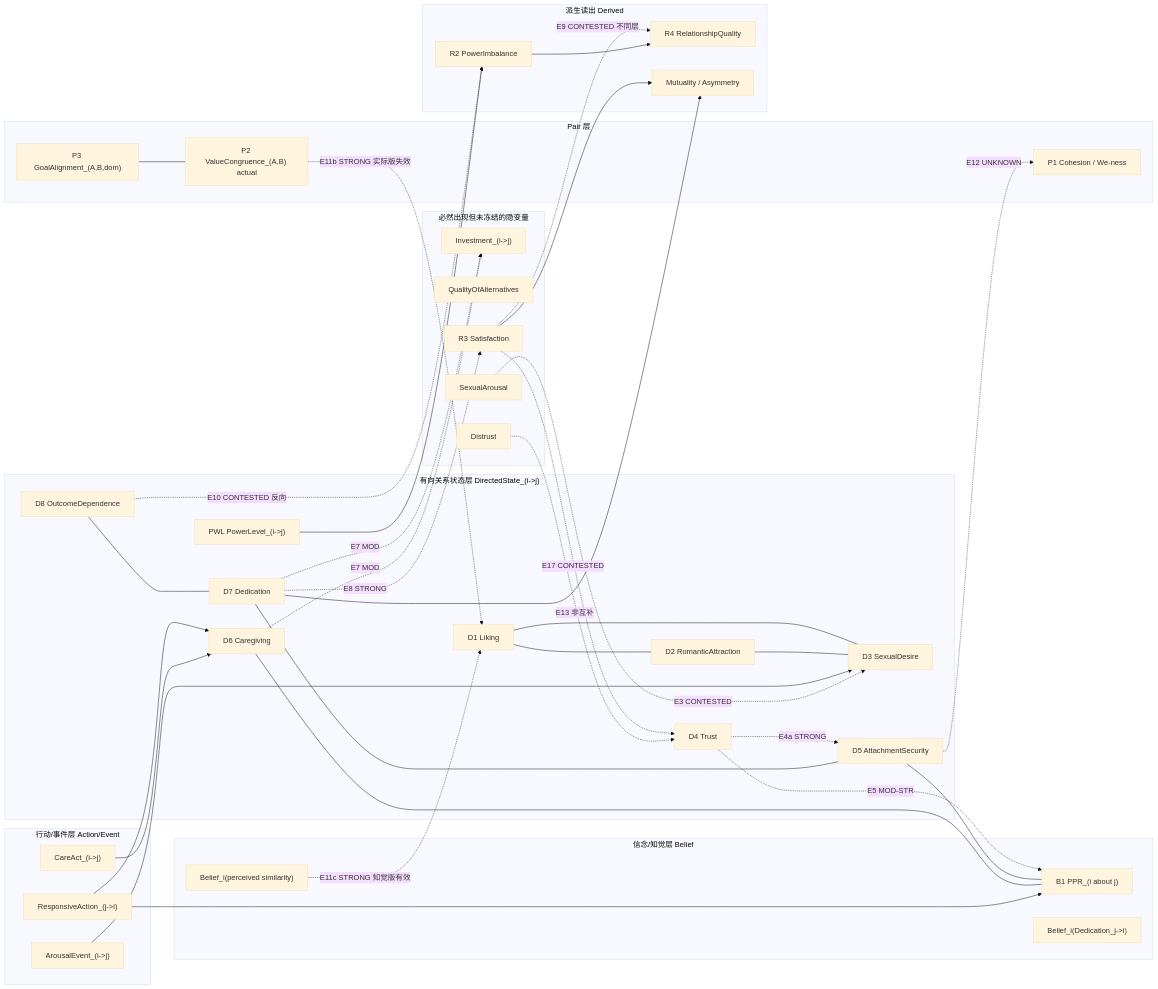
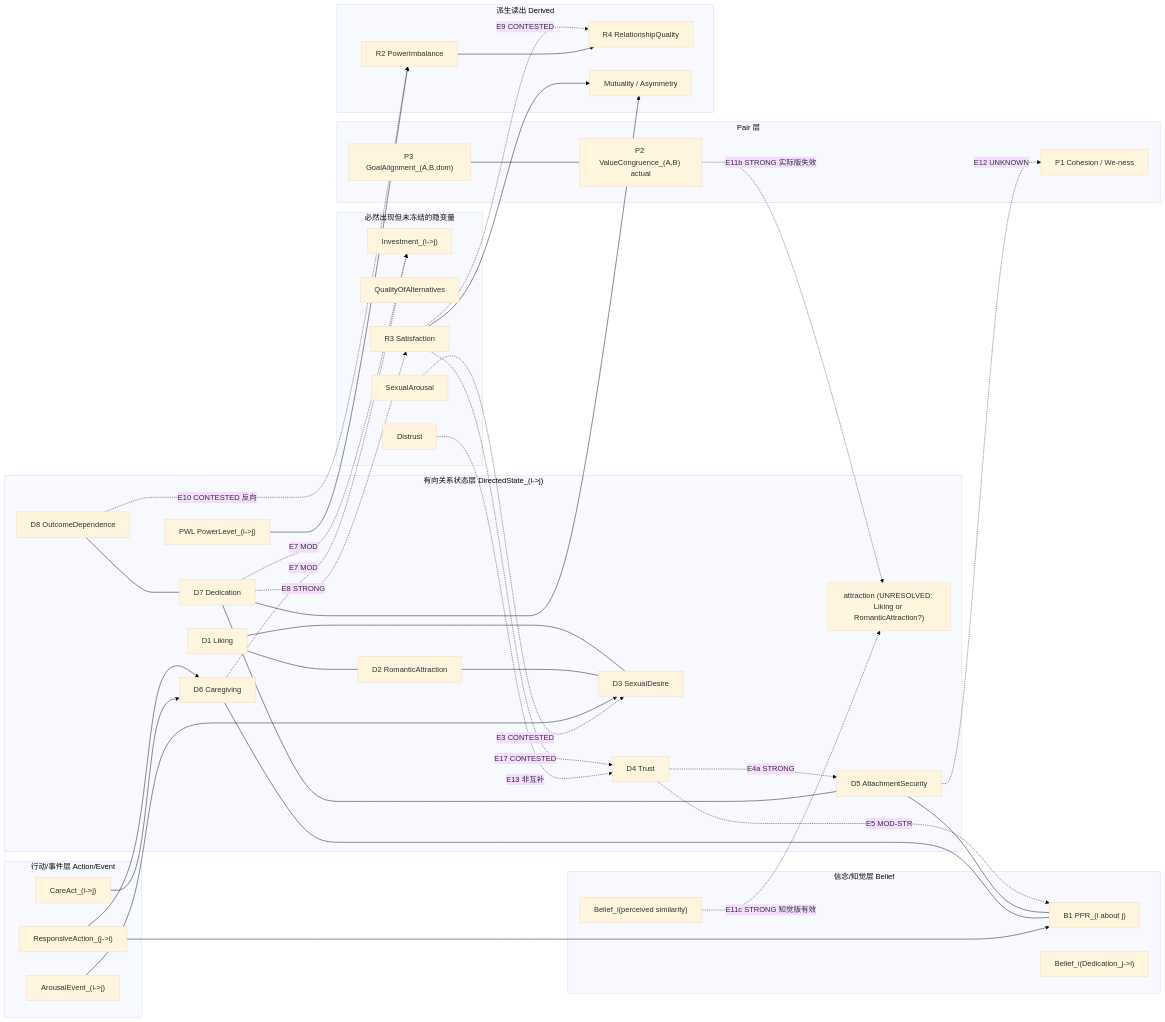
Before and after one commit to youling/lhrm: the diagram in docs/research/overnight-2026-09-27/02b_CONSTRUCT_REDUNDANCY_AUDIT.md, drawn with Mermaid (base theme). The commit also changed other lines of this file and 2 other files, not shown here.

````diff
--- a/docs/research/overnight-2026-09-27/02b_CONSTRUCT_REDUNDANCY_AUDIT.md
+++ b/docs/research/overnight-2026-09-27/02b_CONSTRUCT_REDUNDANCY_AUDIT.md
@@ -63,76 +198,77 @@
 ```mermaid
 graph LR
   subgraph Dyad["有向关系状态层 DirectedState_(i->j)"]
     LK["D1 Liking"]
     RA["D2 RomanticAttraction"]
+    ATR["attraction (UNRESOLVED)"]
     SD["D3 SexualDesire"]
     TR["D4 Trust"]
     AS["D5 AttachmentSecurity"]
     CA["D6 Caregiving"]
     DE["D7 Dedication"]
     OD["D8 OutcomeDependence"]
     PWL["PWL PowerLevel_(i->j)"]
   end
 
   subgraph Bel["信念/知觉层 Belief"]
     PPR["B1 PPR_(i about j)"]
     PDC["Belief_i(Dedication_j->i)"]
     PSV["Belief_i(perceived similarity)"]
   end
 
   subgraph Act["行动/事件层 Action/Event"]
     RAJ["ResponsiveAction_(j->i)"]
     CAA["CareAct_(i->j)"]
     ARE["ArousalEvent_(i->j)"]
   end
 
   subgraph Pair["Pair 层"]
     VC["P2 ValueCongruence_(A,B) actual"]
     GA["P3 GoalAlignment_(A,B,dom)"]
     PW["P1 Cohesion / We-ness"]
   end
 
   subgraph Lat["必然出现但未冻结的隐变量"]
     INV["Investment_(i->j)"]
     ALT["QualityOfAlternatives"]
     SAT["R3 Satisfaction"]
     ARS["SexualArousal"]
     DST["Distrust"]
   end
 
   subgraph Der["派生读出 Derived"]
     PIB["R2 PowerImbalance"]
     RQ["R4 RelationshipQuality"]
     MUT["Mutuality / Asymmetry"]
   end
 
   LK --- RA
   LK --- SD
   RA --- SD
   TR -.->|"E4a STRONG"| AS
   TR -.->|"E5 MOD-STR"| PPR
   AS --- PPR
   AS -.->|"E12 UNKNOWN"| PW
   CA --- PPR
   DE --- AS
   DE -.->|"E8 STRONG"| SAT
   DE -.->|"E7 MOD"| INV
   CA -.->|"E7 MOD"| INV
   SAT -.->|"E17 CONTESTED"| TR
-  VC -.->|"E11b STRONG 实际版失效"| LK
-  PSV -.->|"E11c STRONG 知觉版有效"| LK
+  VC -.->|"E11b STRONG 实际版失效"| ATR["attraction (UNRESOLVED: Liking or RomanticAttraction?)"]
+  PSV -.->|"E11c STRONG 知觉版有效"| ATR
   OD -.->|"E10 CONTESTED 反向"| PIB
   PWL --> PIB
   OD --- DE
   RAJ --> CA
   RAJ --> PPR
   CAA --> CA
   ARE --> SD
-  ARS -.->|"E3 CONTESTED"| SD
-  DST -.->|"E13 非互补"| TR
-  SAT -.->|"E9 CONTESTED 不同层"| RQ
-  PIB --> RQ
-  SAT --> MUT
-  DE --> MUT
-  GA --- VC
+    ARS -.->|"E3 CONTESTED"| SD
+    DST -.->|"E13 非互补"| TR
+    SAT -.->|"E9 CONTESTED"| RQ
+    PIB --> RQ
+    SAT --> MUT
+    DE --> MUT
+    GA --- VC
 ```
````
